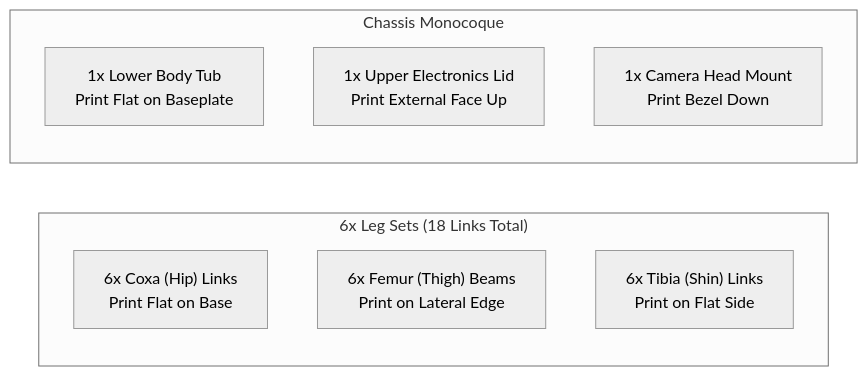
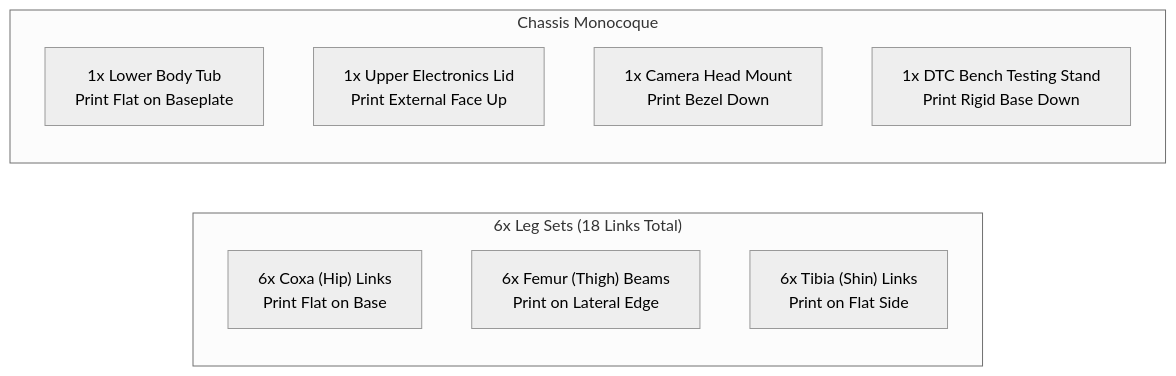
Before and after one commit to GrrGrrMan/spider-blog: the second of 3 diagrams in src/content/docs/03-3d-cad-fabrication.md, drawn with Mermaid (neutral theme). The commit also changed other lines of this file and 39 other files, not shown here.

````diff
--- a/src/content/docs/03-3d-cad-fabrication.md
+++ b/src/content/docs/03-3d-cad-fabrication.md
@@ -53,14 +59,15 @@
 ```mermaid
 flowchart LR
     subgraph Legs ["6x Leg Sets (18 Links Total)"]
         COXA["6x Coxa (Hip) Links<br/>Print Flat on Base"]
         FEMUR["6x Femur (Thigh) Beams<br/>Print on Lateral Edge"]
         TIBIA["6x Tibia (Shin) Links<br/>Print on Flat Side"]
     end
 
     subgraph Body ["Chassis Monocoque"]
         BASE["1x Lower Body Tub<br/>Print Flat on Baseplate"]
         LID["1x Upper Electronics Lid<br/>Print External Face Up"]
         HEAD["1x Camera Head Mount<br/>Print Bezel Down"]
+        STAND["1x DTC Bench Testing Stand<br/>Print Rigid Base Down"]
     end
 ```
````
